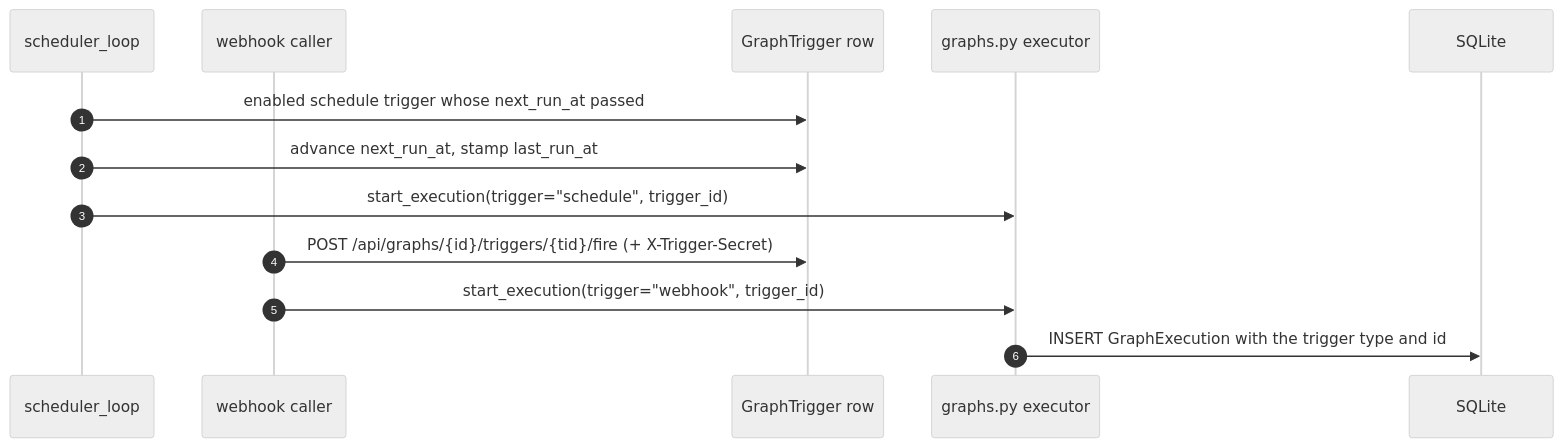
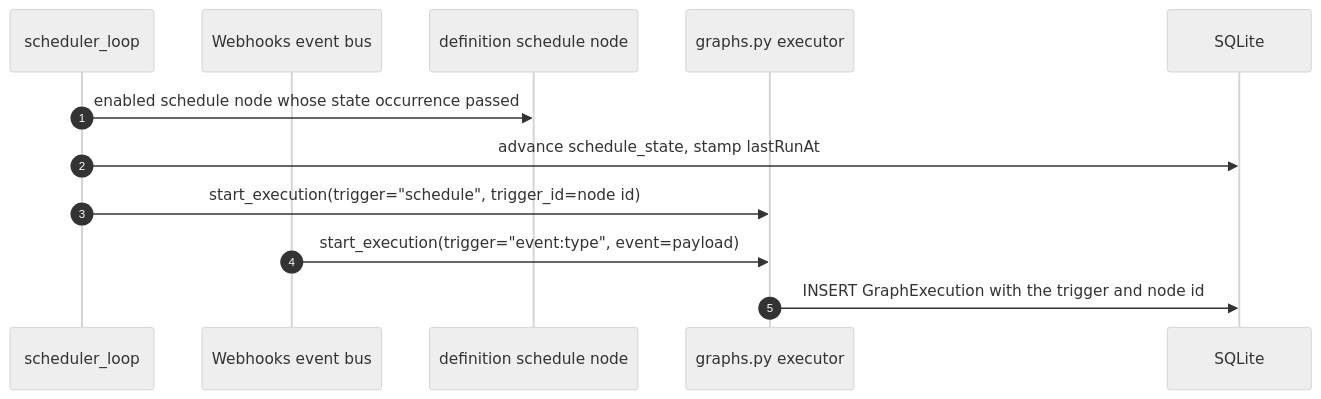
The third of 4 diagrams in .sdlc/features/p26-execution-graphs/specification.md (TomzxCode/agentic), drawn with Mermaid (neutral theme) before and after one commit. The commit also changed other lines of this file and 24 other files, not shown here.

First line of the commit message:
feat(graphs): make schedules trigger nodes in the definition

````diff
--- a/.sdlc/features/p26-execution-graphs/specification.md
+++ b/.sdlc/features/p26-execution-graphs/specification.md
@@ -178,15 +164,14 @@
 ```mermaid
 sequenceDiagram
     autonumber
     participant SCH as scheduler_loop
-    participant WH as webhook caller
-    participant T as GraphTrigger row
+    participant WH as Webhooks event bus
+    participant D as definition schedule node
     participant X as graphs.py executor
     participant DB as SQLite
-    SCH->>T: enabled schedule trigger whose next_run_at passed
-    SCH->>T: advance next_run_at, stamp last_run_at
-    SCH->>X: start_execution(trigger="schedule", trigger_id)
-    WH->>T: POST /api/graphs/{id}/triggers/{tid}/fire (+ X-Trigger-Secret)
-    WH->>X: start_execution(trigger="webhook", trigger_id)
-    X->>DB: INSERT GraphExecution with the trigger type and id
+    SCH->>D: enabled schedule node whose state occurrence passed
+    SCH->>DB: advance schedule_state, stamp lastRunAt
+    SCH->>X: start_execution(trigger="schedule", trigger_id=node id)
+    WH->>X: start_execution(trigger="event:type", event=payload)
+    X->>DB: INSERT GraphExecution with the trigger and node id
 ```
````
